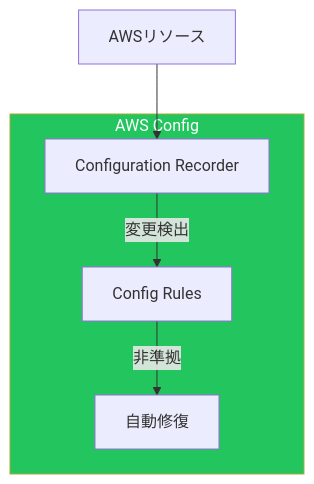
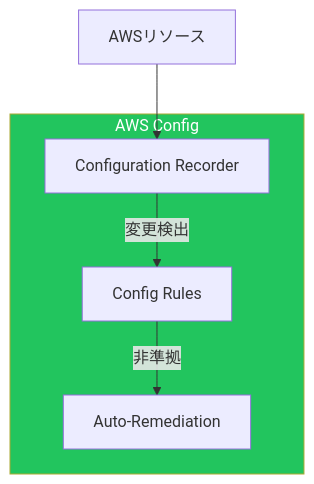
Diagram 12 of 16 in content/blog/ja/aws-operational-excellence.md (shunkus/shunku.net), drawn with Mermaid before and after one commit. The commit also changed other lines of this file and 56 other files, not shown here.

````diff
--- a/content/blog/ja/aws-operational-excellence.md
+++ b/content/blog/ja/aws-operational-excellence.md
@@ -496,14 +496,14 @@
 ```mermaid
 flowchart TB
     subgraph Config["AWS Config"]
         Recorder["Configuration Recorder"]
         Rules["Config Rules"]
-        Remediation["自動修復"]
+        Remediation["Auto-Remediation"]
     end
 
     Resources["AWSリソース"] --> Recorder
     Recorder --> |"変更検出"| Rules
     Rules --> |"非準拠"| Remediation
 
     style Config fill:#22c55e,color:#fff
 ```
````
